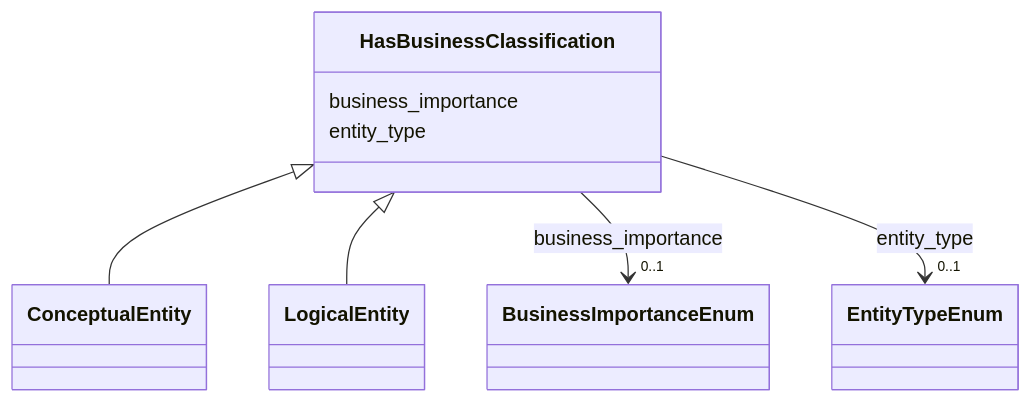
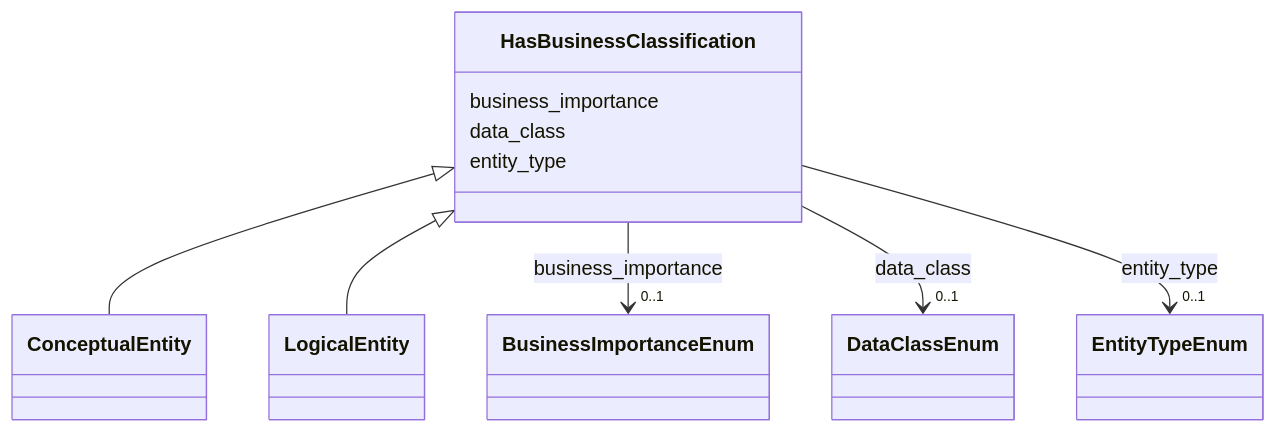
One commit to oista/moex-data-model changed the diagram in generated/artifacts/moex-dams/0.1/diagrams/HasBusinessClassification.md. Above: the diagram before and after it, drawn with Mermaid. The commit also changed 35 other files, not shown here.

````diff
--- a/generated/artifacts/moex-dams/0.1/diagrams/HasBusinessClassification.md
+++ b/generated/artifacts/moex-dams/0.1/diagrams/HasBusinessClassification.md
@@ -4,33 +4,44 @@
 ```mermaid
  classDiagram
     class HasBusinessClassification
     click HasBusinessClassification href "../HasBusinessClassification"
       HasBusinessClassification <|-- ConceptualEntity
         click ConceptualEntity href "../ConceptualEntity"
       HasBusinessClassification <|-- LogicalEntity
         click LogicalEntity href "../LogicalEntity"
       
       HasBusinessClassification : business_importance
         
           
     
         
         
         HasBusinessClassification --> "0..1" BusinessImportanceEnum : business_importance
         click BusinessImportanceEnum href "../BusinessImportanceEnum"
     
 
         
+      HasBusinessClassification : data_class
+        
+          
+    
+        
+        
+        HasBusinessClassification --> "0..1" DataClassEnum : data_class
+        click DataClassEnum href "../DataClassEnum"
+    
+
+        
       HasBusinessClassification : entity_type
         
           
     
         
         
         HasBusinessClassification --> "0..1" EntityTypeEnum : entity_type
         click EntityTypeEnum href "../EntityTypeEnum"
     
 
         
       
 ```
````
